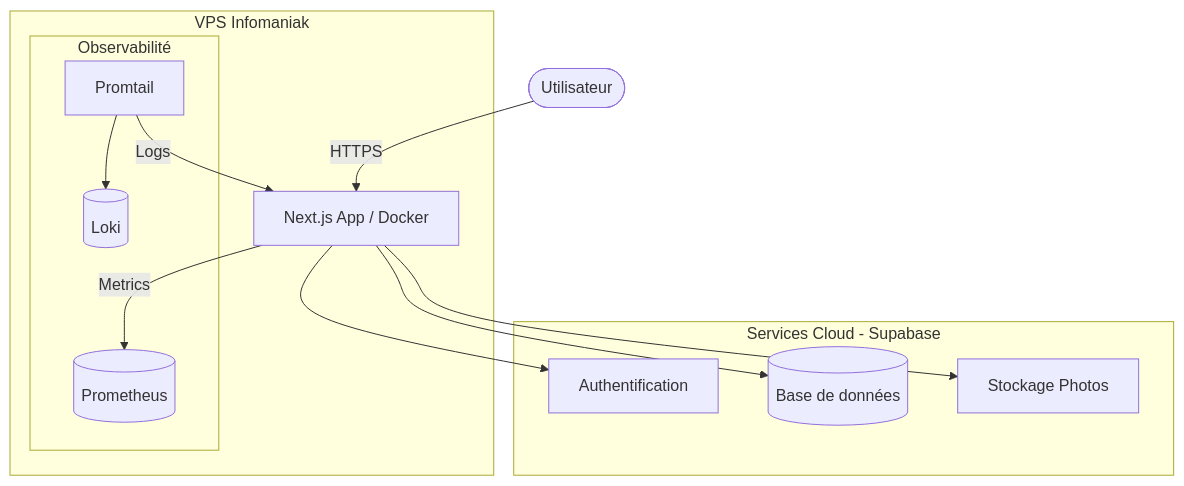
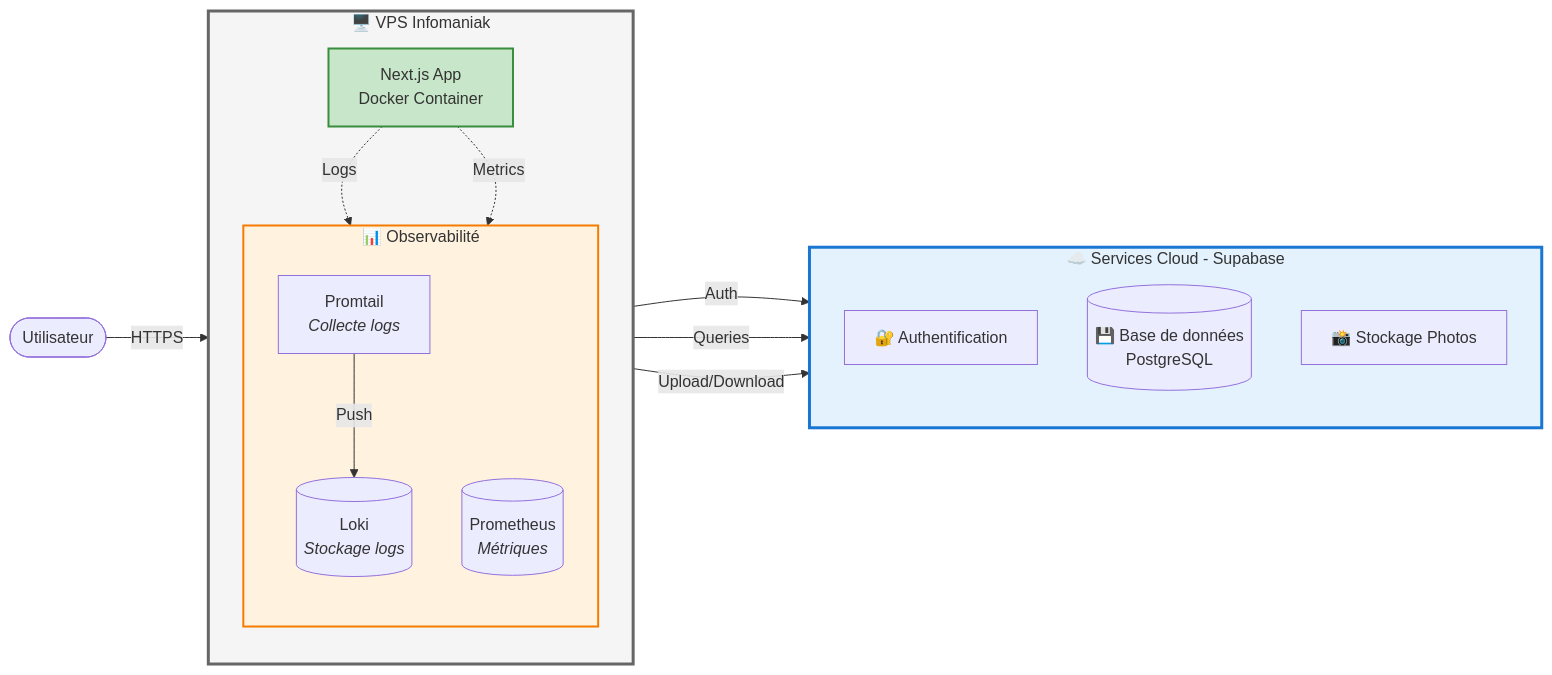
Before and after one commit to Chleau/nomos: the second of 2 diagrams in docs/Architecture.md, drawn with Mermaid. The commit also changed other lines of this file, not shown here.

````diff
--- a/docs/Architecture.md
+++ b/docs/Architecture.md
@@ -48,27 +72,38 @@
 ```mermaid
-flowchart TD
-    User([Utilisateur]) -- "HTTPS" --> WebApp[Next.js App / Docker]
-
-    subgraph VPS [VPS Infomaniak]
-        WebApp
-        subgraph Monitor [Observabilité]
-            Prom[(Prometheus)]
-            Loki[(Loki)]
-            Promtail[Promtail]
+flowchart LR
+    User([Utilisateur])
+    
+    subgraph VPS["🖥️ VPS Infomaniak"]
+        direction TB
+        WebApp["Next.js App<br/>Docker Container"]
+        
+        subgraph Monitor["📊 Observabilité"]
+            direction TB
+            Promtail["Promtail<br/><i>Collecte logs</i>"]
+            Loki[("Loki<br/><i>Stockage logs</i>")]
+            Prom[("Prometheus<br/><i>Métriques</i>")]
         end
     end
 
-    subgraph Cloud [Services Cloud - Supabase]
-        Auth[Authentification]
-        DB[(Base de données)]
-        Storage[Stockage Photos]
+    subgraph Cloud["☁️ Services Cloud - Supabase"]
+        direction TB
+        Auth["🔐 Authentification"]
+        DB[("💾 Base de données<br/>PostgreSQL")]
+        Storage["📸 Stockage Photos"]
     end
 
-    WebApp --> Auth
-    WebApp --> DB
-    WebApp --> Storage
+    User -->|HTTPS| WebApp
     
-    Promtail -- "Logs" --> WebApp
-    Promtail --> Loki
-    WebApp -- "Metrics" --> Prom
+    WebApp -->|Auth| Auth
+    WebApp -->|Queries| DB
+    WebApp -->|Upload/Download| Storage
+    
+    WebApp -.->|Logs| Promtail
+    Promtail -->|Push| Loki
+    WebApp -.->|Metrics| Prom
+    
+    style VPS fill:#f5f5f5,stroke:#666,stroke-width:3px
+    style Cloud fill:#e3f2fd,stroke:#1976d2,stroke-width:3px
+    style Monitor fill:#fff3e0,stroke:#f57c00,stroke-width:2px
+    style WebApp fill:#c8e6c9,stroke:#388e3c,stroke-width:2px
 ```
````
